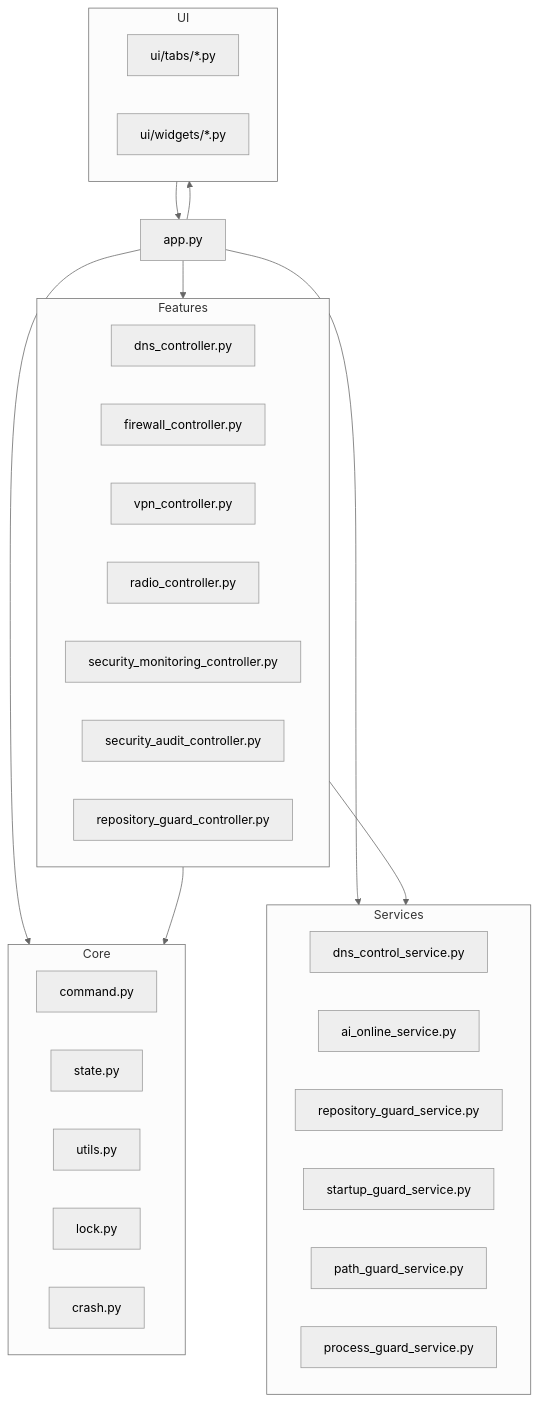
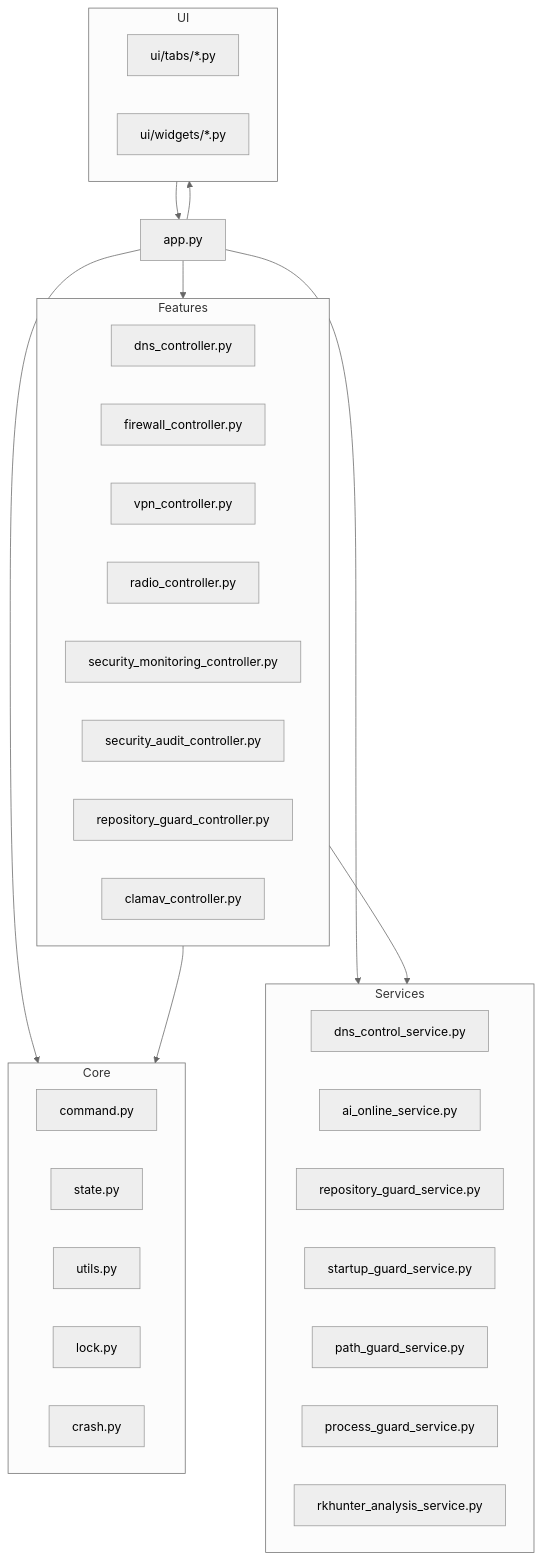
The fifth of 5 diagrams in docs/ARCHITECTURE.md (Noogman4/dev-lab), drawn with Mermaid (neutral theme) before and after one commit. The commit also changed other lines of this file and 102 other files, not shown here.

````diff
--- a/docs/ARCHITECTURE.md
+++ b/docs/ARCHITECTURE.md
@@ -113,38 +116,40 @@
 ```mermaid
 flowchart TD
     subgraph Core
         C1[command.py]
         C2[state.py]
         C3[utils.py]
         C4[lock.py]
         C5[crash.py]
     end
     subgraph Services
         S1[dns_control_service.py]
         S2[ai_online_service.py]
         S3[repository_guard_service.py]
         S4[startup_guard_service.py]
         S5[path_guard_service.py]
         S6[process_guard_service.py]
+        S7[rkhunter_analysis_service.py]
     end
     subgraph Features
         F1[dns_controller.py]
         F2[firewall_controller.py]
         F3[vpn_controller.py]
         F4[radio_controller.py]
         F5[security_monitoring_controller.py]
         F6[security_audit_controller.py]
         F7[repository_guard_controller.py]
+        F8[clamav_controller.py]
     end
     subgraph UI
         U1[ui/tabs/*.py]
         U2[ui/widgets/*.py]
     end
     App[app.py] --> Core
     App --> Services
     App --> Features
     App --> UI
     Features --> Services
     Features --> Core
     UI --> App
 ```
````
